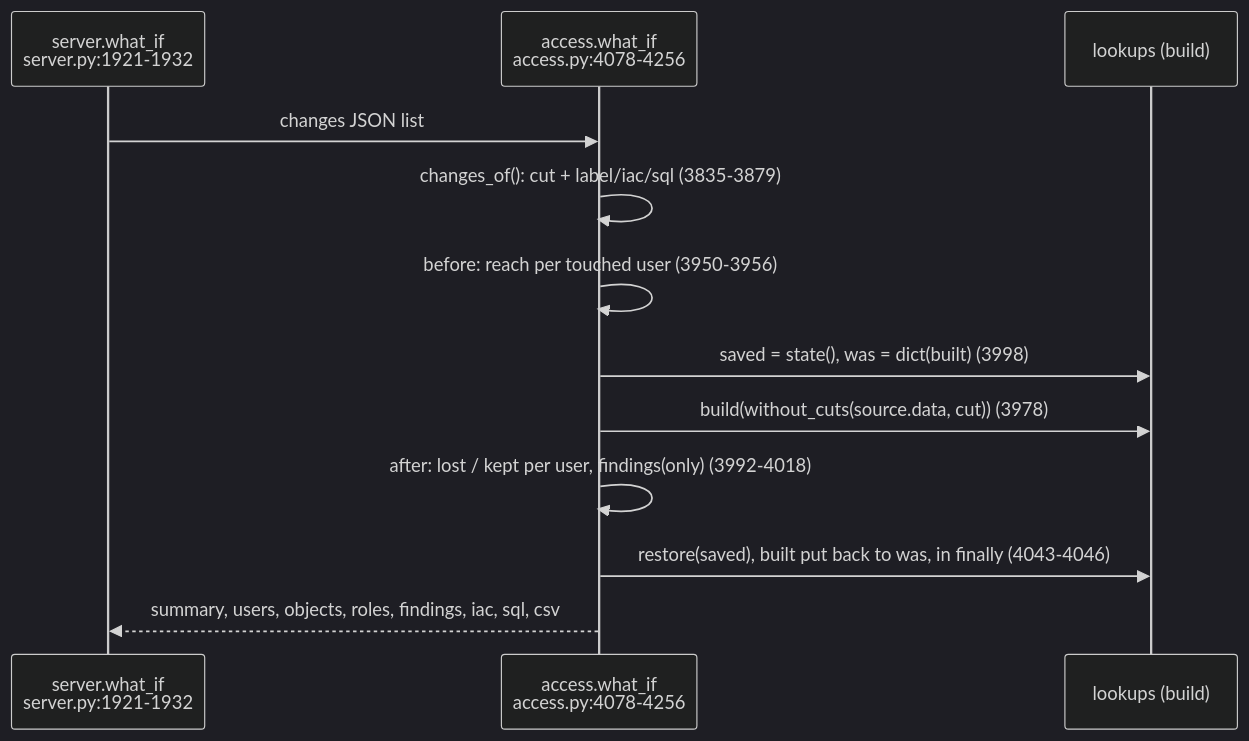
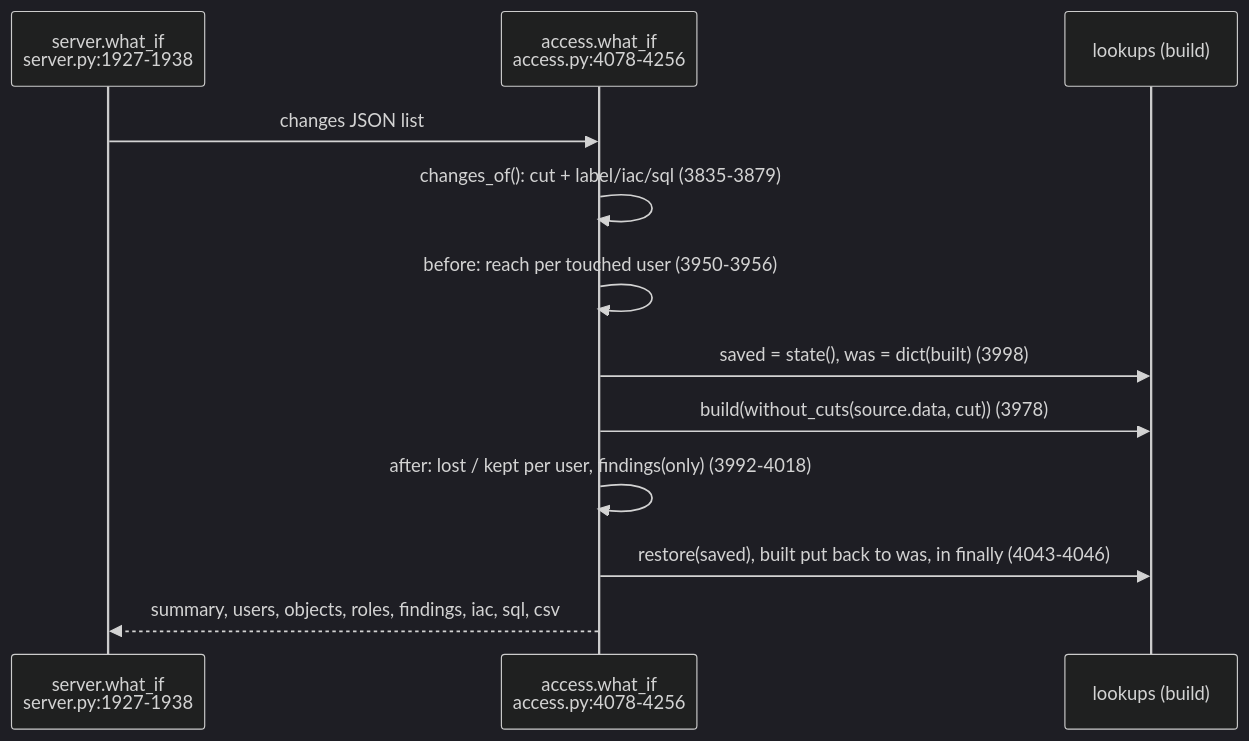
The diagram in snowflake-access-explorer-knowledge-graph/logic/what-if.md (darshanmeel/snowflake-access-explorer), drawn with Mermaid (dark theme) before and after one commit. The commit also changed other lines of this file and 62 other files, not shown here.

First line of the commit message:
Docs and knowledge graph for the SQL panel; section SQL leaves the app's own queries out like the tab

````diff
--- a/snowflake-access-explorer-knowledge-graph/logic/what-if.md
+++ b/snowflake-access-explorer-knowledge-graph/logic/what-if.md
@@ -6,14 +6,14 @@
 ```mermaid
 sequenceDiagram
-  participant S as server.what_if<br/>server.py:1921-1932
+  participant S as server.what_if<br/>server.py:1927-1938
   participant W as access.what_if<br/>access.py:4078-4256
   participant L as lookups (build)
   S->>W: changes JSON list
   W->>W: changes_of(): cut + label/iac/sql (3835-3879)
   W->>W: before: reach per touched user (3950-3956)
   W->>L: saved = state(), was = dict(built) (3998)
   W->>L: build(without_cuts(source.data, cut)) (3978)
   W->>W: after: lost / kept per user, findings(only) (3992-4018)
   W->>L: restore(saved), built put back to was, in finally (4043-4046)
   W-->>S: summary, users, objects, roles, findings, iac, sql, csv
 ```
````
